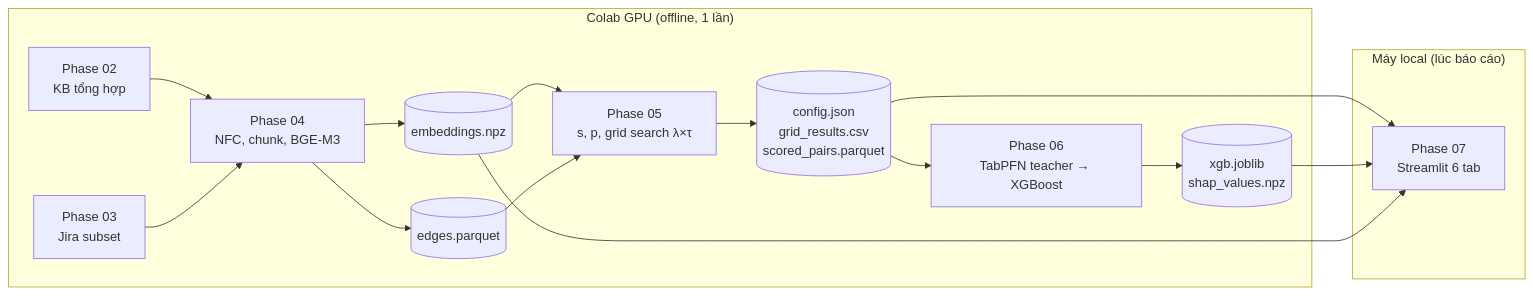
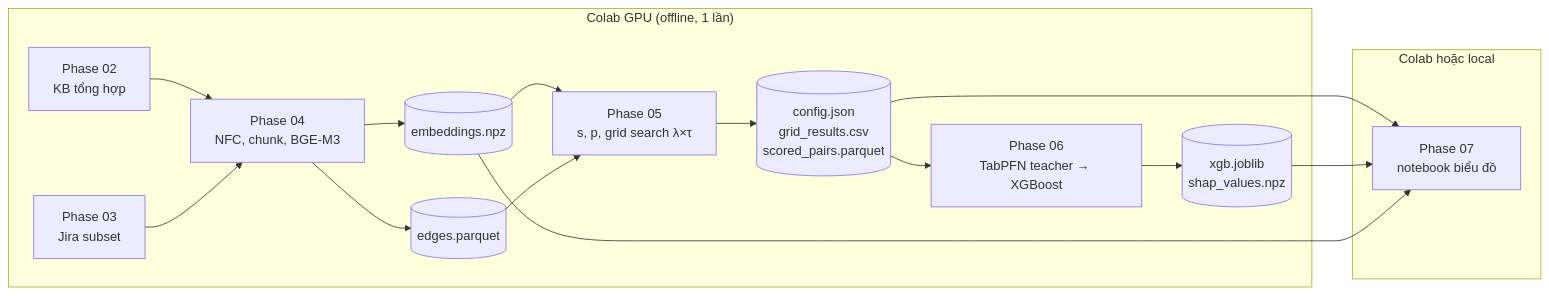
The diagram in plans/261102-0309-demo-implementation/plan.md (vinhlee9x/conflict-detection-obsolescence-forecasting), drawn with Mermaid before and after one commit. The commit also changed other lines of this file and 6 other files, not shown here.

First line of the commit message:
docs: replace web demo app with results notebook in plan

````diff
--- a/plans/261102-0309-demo-implementation/plan.md
+++ b/plans/261102-0309-demo-implementation/plan.md
@@ -56,20 +56,20 @@
 ```mermaid
 flowchart LR
   subgraph Colab["Colab GPU (offline, 1 lần)"]
     KB[Phase 02<br/>KB tổng hợp] --> P1
     JR[Phase 03<br/>Jira subset] --> P1
     P1[Phase 04<br/>NFC, chunk, BGE-M3] --> E[(embeddings.npz)]
     P1 --> G[(edges.parquet)]
     E --> L2[Phase 05<br/>s, p, grid search λ×τ]
     G --> L2
     L2 --> C[(config.json<br/>grid_results.csv<br/>scored_pairs.parquet)]
     C --> L3[Phase 06<br/>TabPFN teacher → XGBoost]
     L3 --> X[(xgb.joblib<br/>shap_values.npz)]
   end
-  subgraph Local["Máy local (lúc báo cáo)"]
-    APP[Phase 07<br/>Streamlit 6 tab]
+  subgraph Results["Colab hoặc local"]
+    APP[Phase 07<br/>notebook biểu đồ]
   end
   C --> APP
   X --> APP
   E --> APP
 ```
````
